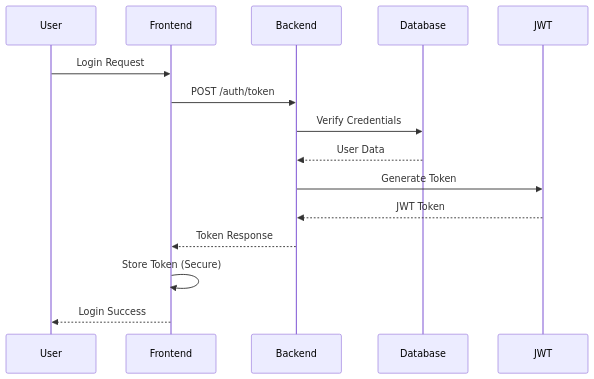
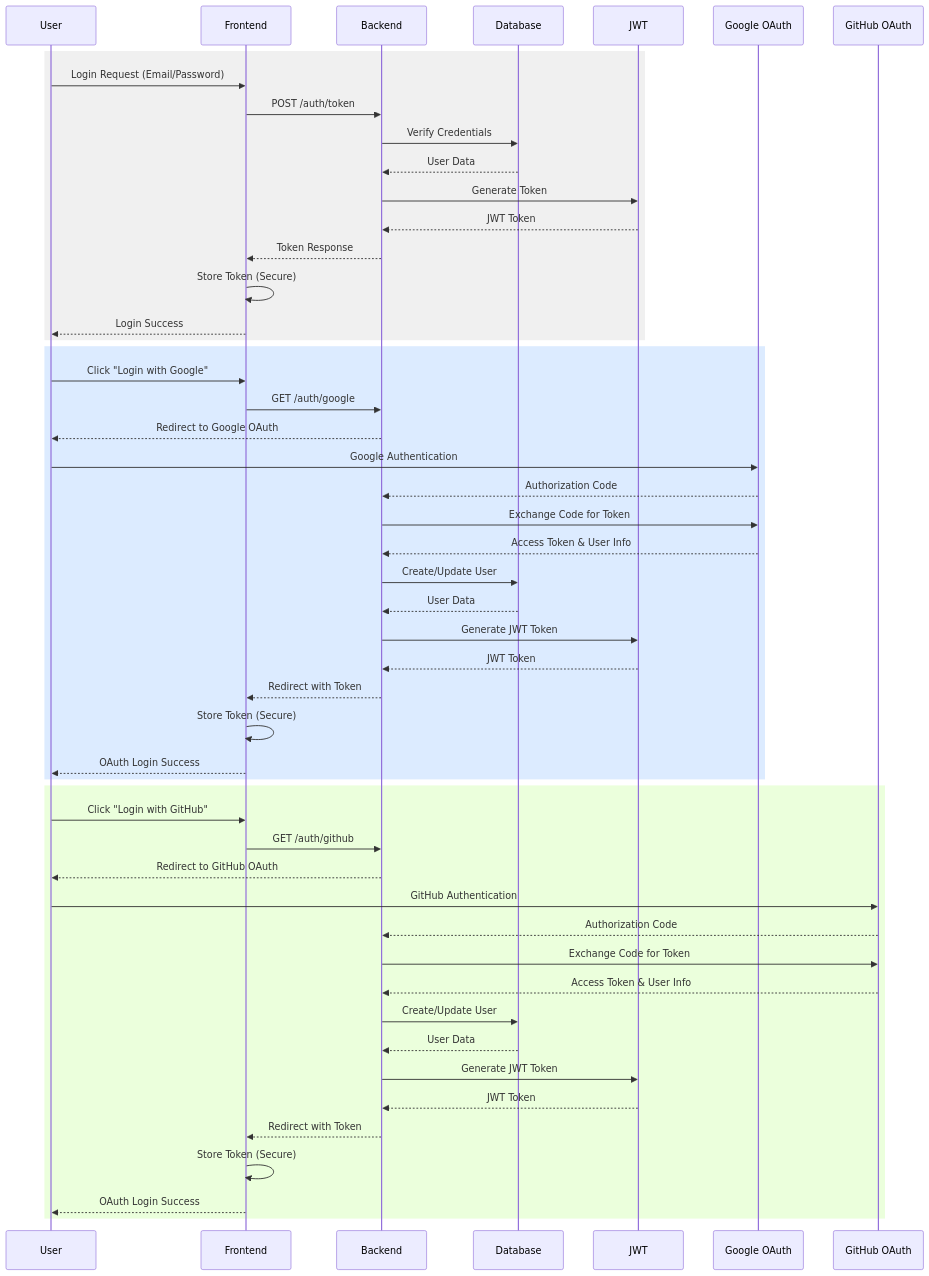
One commit to ZaddyAman/BharatLawAIChatBot changed the fourth of 12 diagrams in ARCHITECTURE2.md. Above: the diagram before and after it, drawn with Mermaid. The commit also changed other lines of this file, not shown here.

````diff
--- a/ARCHITECTURE2.md
+++ b/ARCHITECTURE2.md
@@ -226,18 +226,59 @@
 ```mermaid
 sequenceDiagram
     participant U as User
     participant F as Frontend
     participant B as Backend
     participant D as Database
     participant J as JWT
+    participant G as Google OAuth
+    participant GH as GitHub OAuth
 
-    U->>F: Login Request
-    F->>B: POST /auth/token
-    B->>D: Verify Credentials
-    D-->>B: User Data
-    B->>J: Generate Token
-    J-->>B: JWT Token
-    B-->>F: Token Response
-    F->>F: Store Token (Secure)
-    F-->>U: Login Success
+    %% Traditional Username/Password Flow
+    rect rgb(240, 240, 240)
+        U->>F: Login Request (Email/Password)
+        F->>B: POST /auth/token
+        B->>D: Verify Credentials
+        D-->>B: User Data
+        B->>J: Generate Token
+        J-->>B: JWT Token
+        B-->>F: Token Response
+        F->>F: Store Token (Secure)
+        F-->>U: Login Success
+    end
+
+    %% OAuth 2.0 Google Flow
+    rect rgb(220, 235, 255)
+        U->>F: Click "Login with Google"
+        F->>B: GET /auth/google
+        B-->>U: Redirect to Google OAuth
+        U->>G: Google Authentication
+        G-->>B: Authorization Code
+        B->>G: Exchange Code for Token
+        G-->>B: Access Token & User Info
+        B->>D: Create/Update User
+        D-->>B: User Data
+        B->>J: Generate JWT Token
+        J-->>B: JWT Token
+        B-->>F: Redirect with Token
+        F->>F: Store Token (Secure)
+        F-->>U: OAuth Login Success
+    end
+
+    %% OAuth 2.0 GitHub Flow
+    rect rgb(235, 255, 220)
+        U->>F: Click "Login with GitHub"
+        F->>B: GET /auth/github
+        B-->>U: Redirect to GitHub OAuth
+        U->>GH: GitHub Authentication
+        GH-->>B: Authorization Code
+        B->>GH: Exchange Code for Token
+        GH-->>B: Access Token & User Info
+        B->>D: Create/Update User
+        D-->>B: User Data
+        B->>J: Generate JWT Token
+        J-->>B: JWT Token
+        B-->>F: Redirect with Token
+        F->>F: Store Token (Secure)
+        F-->>U: OAuth Login Success
+    end
 ```
````
